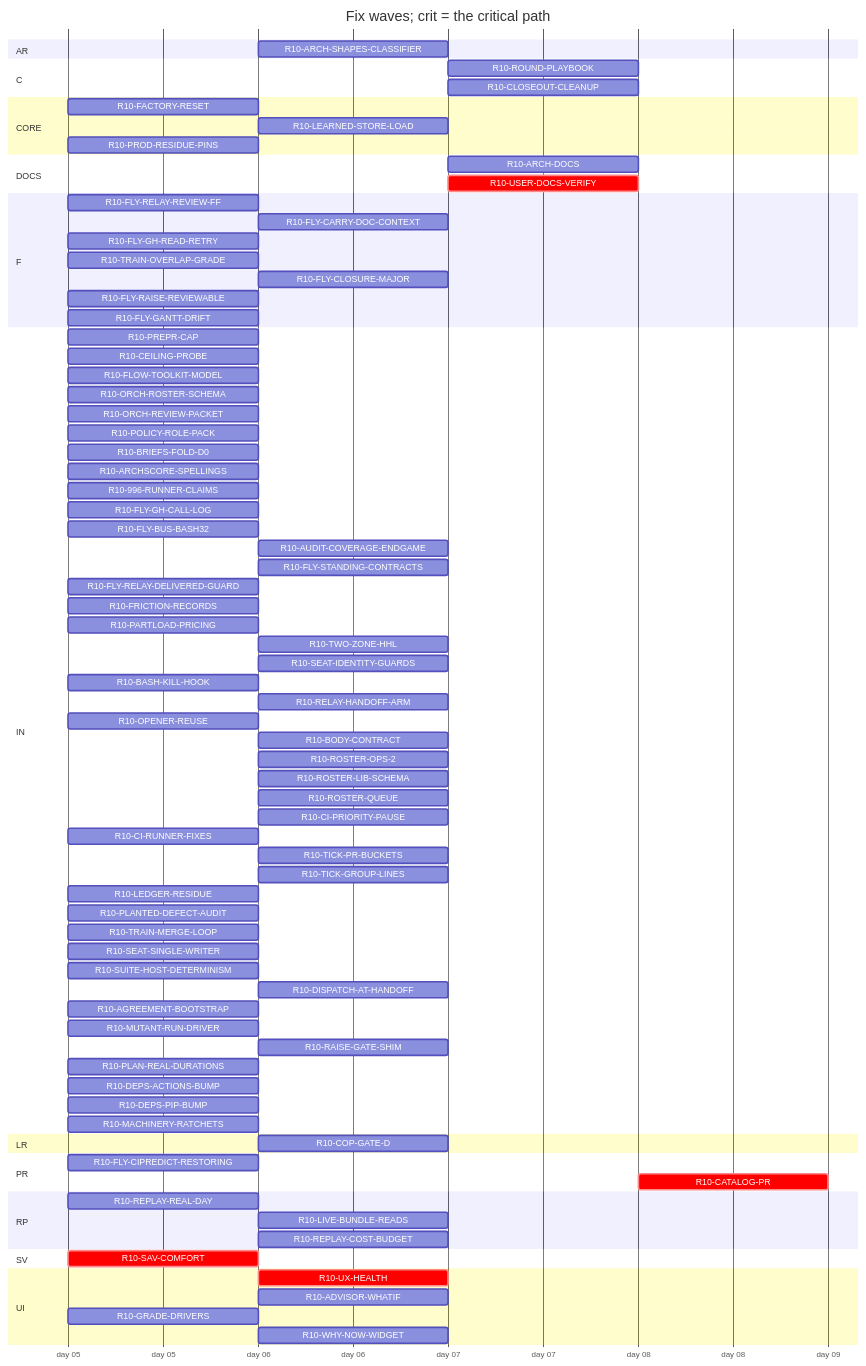
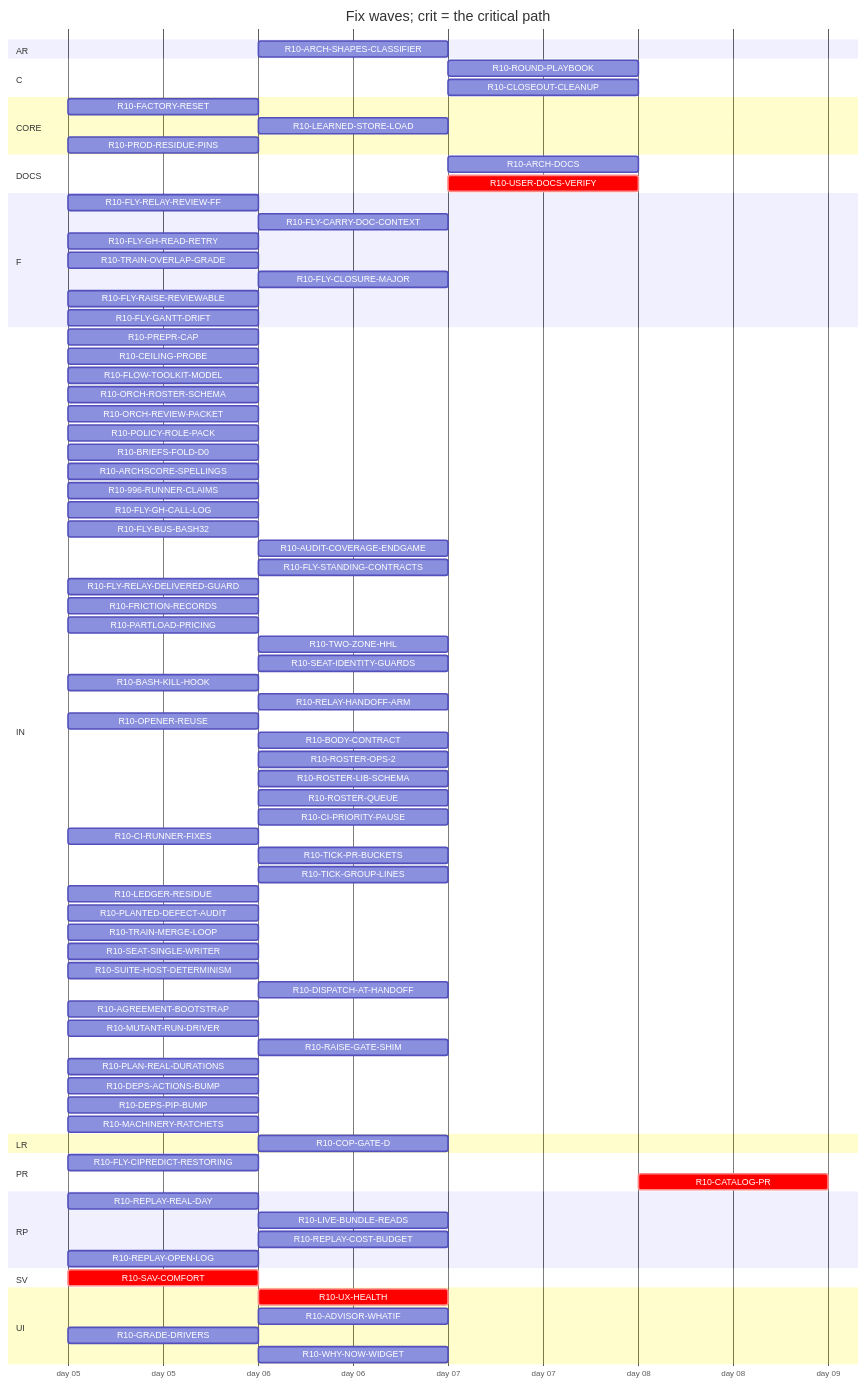
The diagram in handoff/round10/state/PLAN-TABLE.md (tvofi/heatpump_optimizer), drawn with Mermaid before and after one commit. The commit also changed other lines of this file and 4 other files, not shown here.

Commit message:
state: FLOW-BOARD.md, NEXT-SESSION-PROMPT.md, PLAN-TABLE.md, PLAN.html, RESUME-CURRENT.md regenerated (state_docs.py)

```diff
--- a/handoff/round10/state/PLAN-TABLE.md
+++ b/handoff/round10/state/PLAN-TABLE.md
@@ -98,6 +98,7 @@
     R10-REPLAY-REAL-DAY :r10REPLAYREALDAY, 2026-01-05, 1d
     R10-LIVE-BUNDLE-READS :r10LIVEBUNDLEREADS, after r10REPLAYREALDAY, 1d
     R10-REPLAY-COST-BUDGET :r10REPLAYCOSTBUDGET, after r10REPLAYREALDAY, 1d
+    R10-REPLAY-OPEN-LOG :r10REPLAYOPENLOG, 2026-01-05, 1d
   section SV
     R10-SAV-COMFORT :crit, r10SAVCOMFORT, 2026-01-05, 1d
   section UI
```
